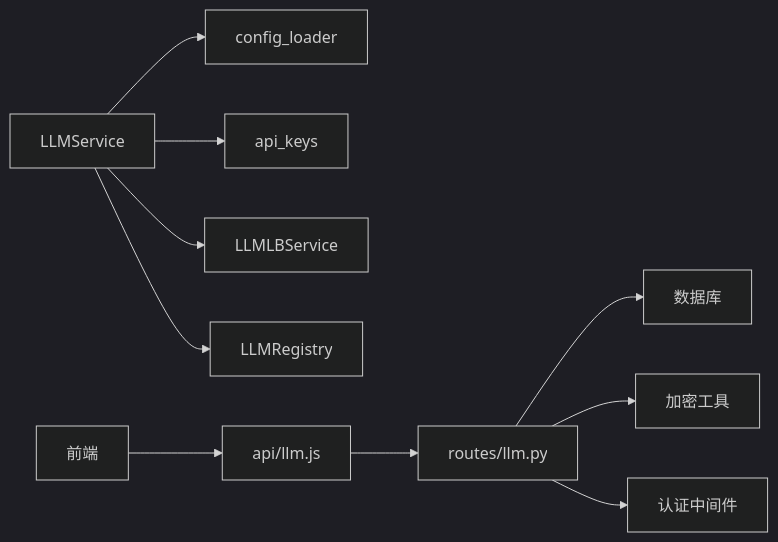
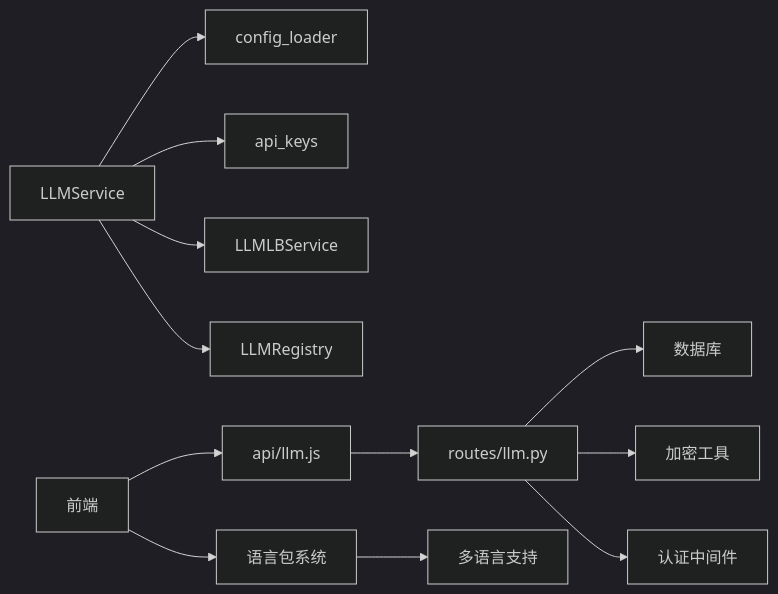
Before and after one commit to joezxh/QuantDinger: the eighth of 8 diagrams in .qoder/repowiki/zh/content/核心功能模块/AI研究分析系统/LLM集成系统/LLM集成系统.md, drawn with Mermaid (dark theme). The commit also changed other lines of this file and 116 other files, not shown here.

````diff
--- a/.qoder/repowiki/zh/content/核心功能模块/AI研究分析系统/LLM集成系统/LLM集成系统.md
+++ b/.qoder/repowiki/zh/content/核心功能模块/AI研究分析系统/LLM集成系统/LLM集成系统.md
@@ -396,12 +413,14 @@
 ```mermaid
 graph LR
 SVC["LLMService"] --> CFG["config_loader"]
 SVC --> AK["api_keys"]
 SVC --> LB["LLMLBService"]
 SVC --> REG["LLMRegistry"]
 ROUTES["routes/llm.py"] --> DB["数据库"]
 ROUTES --> ENC["加密工具"]
 ROUTES --> AUTH["认证中间件"]
 FE["前端"] --> API["api/llm.js"]
 API --> ROUTES
+FE --> LANG["语言包系统"]
+LANG --> I18N["多语言支持"]
 ```
````
